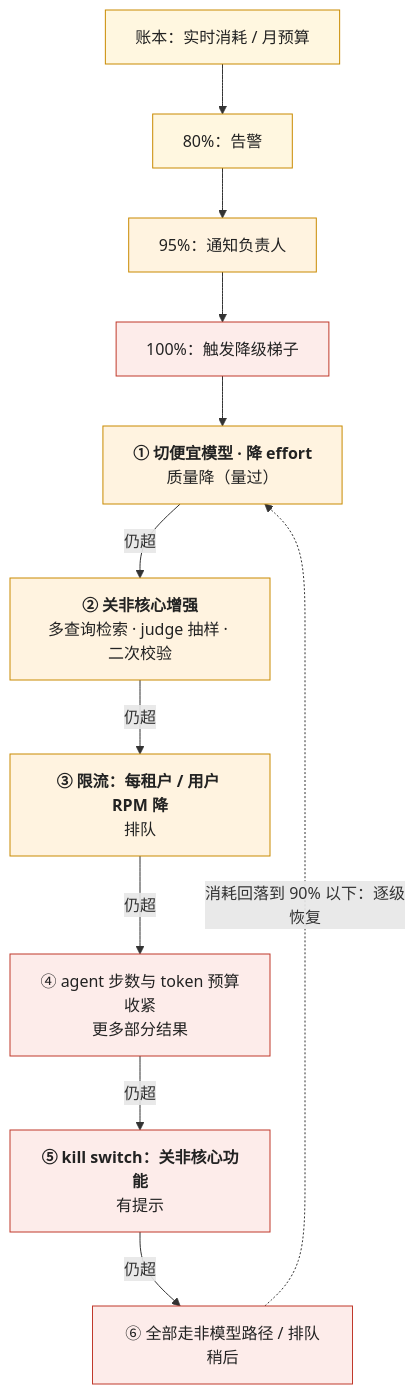
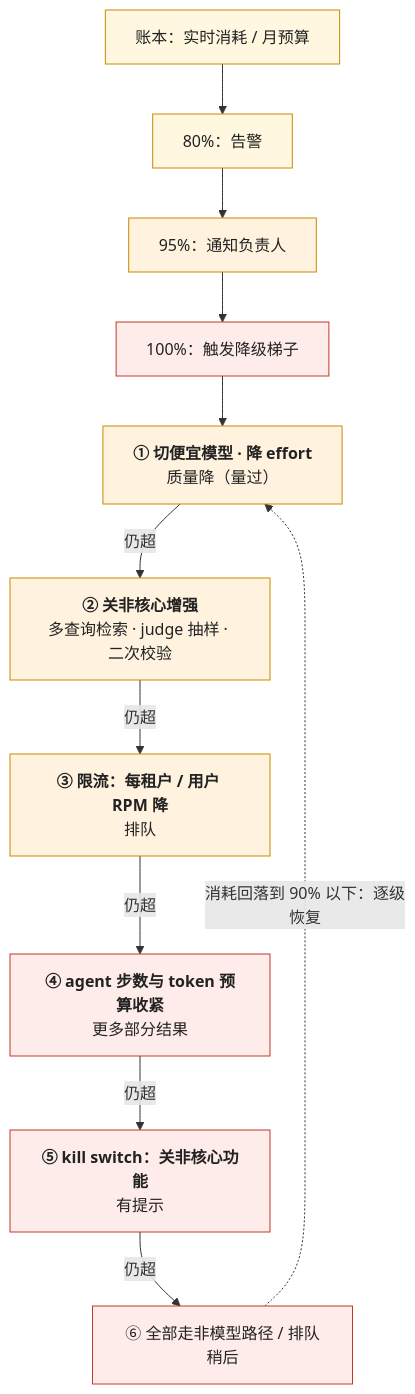
One commit to arganzheng/arganzheng.github.com changed the third of 6 diagrams in _posts/2026-11-09-cost-engineering-from-the-bill-to-cost-per-task.md. Above: the diagram before and after it, drawn with Mermaid. The commit also changed other lines of this file and 9 other files, not shown here.

````diff
--- a/_posts/2026-11-09-cost-engineering-from-the-bill-to-cost-per-task.md
+++ b/_posts/2026-11-09-cost-engineering-from-the-bill-to-cost-per-task.md
@@ -104,18 +120,18 @@
 ```mermaid
 %% 图：预算的三档与六级降级梯子——账本实时算消耗：80% 告警、95% 通知负责人、100% 开始按梯子降：先切便宜模型 / 降 effort（质量在评测集上量过），再关非核心增强，再限流，再收紧 agent 预算，再 kill switch 关非核心功能，最后全部走非模型路径；消耗回落到 90% 以下逐级恢复
 flowchart TB
     L["账本：实时消耗 / 月预算"] --> T80["80%：告警"] --> T95["95%：通知负责人"] --> T100["100%：触发降级梯子"]
     T100 --> D1["<b>① 切便宜模型 · 降 effort</b><br/>质量降（量过）"]
     D1 -->|"仍超"| D2["<b>② 关非核心增强</b><br/>多查询检索 · judge 抽样 · 二次校验"]
     D2 -->|"仍超"| D3["<b>③ 限流：每租户 / 用户 RPM 降</b><br/>排队"]
-    D3 -->|"仍超"| D4["④ agent 步数与 token 预算收紧<br/>更多部分结果"]
+    D3 -->|"仍超"| D4["<b>④ agent 步数与 token 预算收紧</b><br/>更多部分结果"]
     D4 -->|"仍超"| D5["<b>⑤ kill switch：关非核心功能</b><br/>有提示"]
     D5 -->|"仍超"| D6["⑥ 全部走非模型路径 / 排队稍后"]
     D6 -.->|"消耗回落到 90% 以下：逐级恢复"| D1
     classDef n fill:#fff7e0,stroke:#c98a00,color:#222
     classDef warn fill:#fff3e0,stroke:#c98a00,color:#222
     classDef bad fill:#fdecea,stroke:#c0392b,color:#222
     class L,T80 n
     class T95,D1,D2,D3 warn
     class T100,D4,D5,D6 bad
 ```
````
